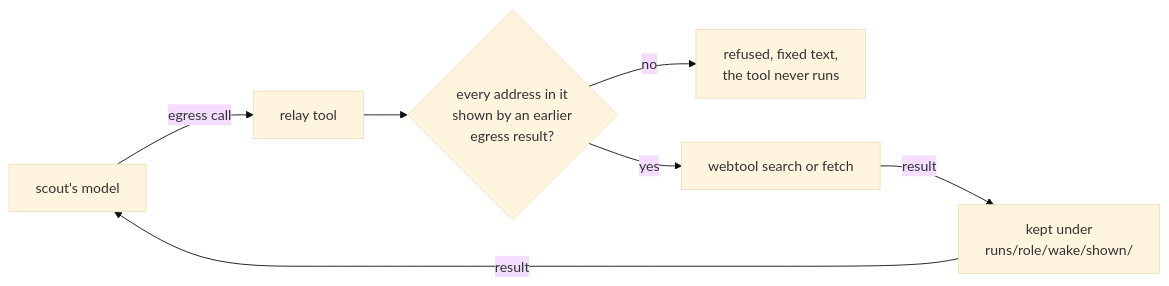
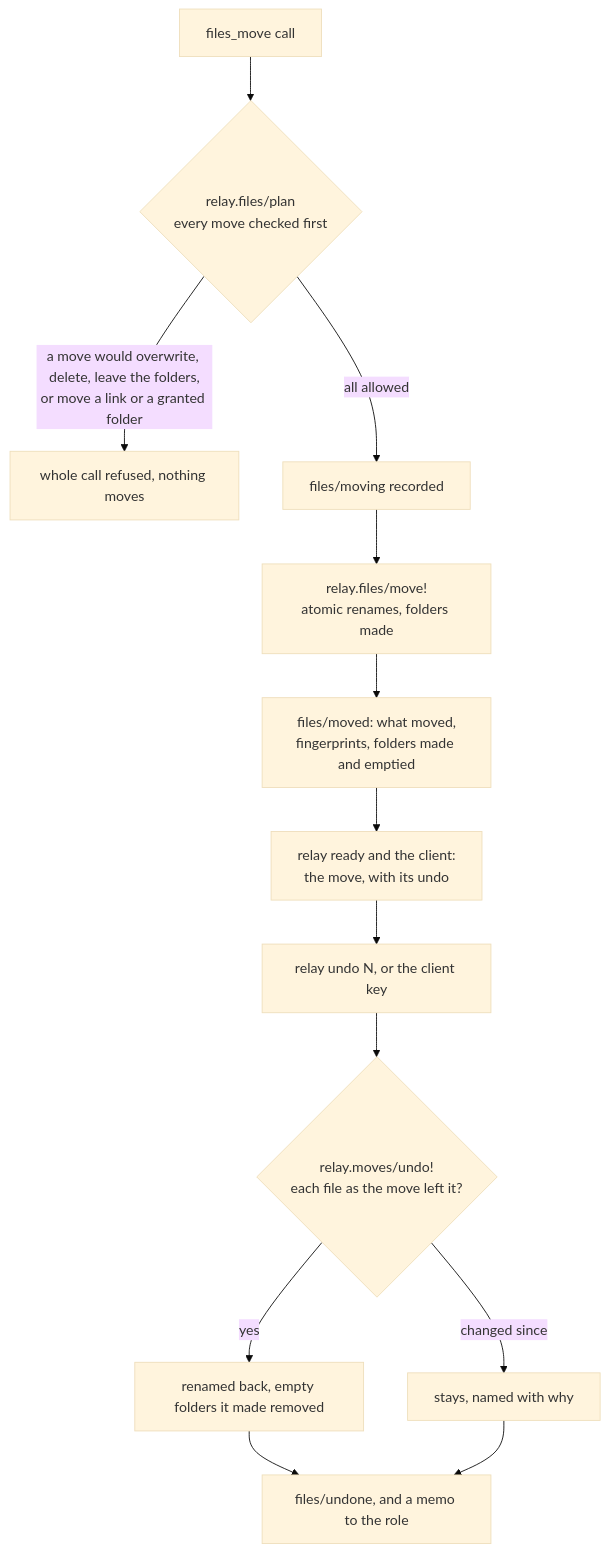
One commit to kirahowe/relay changed diagram 11 of 11 in docs/architecture.md. Above: the diagram before and after it, drawn with Mermaid (base theme). The commit also changed other lines of this file, not shown here.

First line of the commit message:
Rewrite the architecture page from the code on main

````diff
--- a/docs/architecture.md
+++ b/docs/architecture.md
@@ -380,9 +442,15 @@
 ```mermaid
-flowchart LR
-    model["scout's model"] -->|"egress call"| tool["relay tool"]
-    tool --> check{"every address in it<br/>shown by an earlier<br/>egress result?"}
-    check -->|"no"| refuse["refused, fixed text,<br/>the tool never runs"]
-    check -->|"yes"| run["webtool search or fetch"]
-    run -->|"result"| record["kept under<br/>runs/role/wake/shown/"]
-    record -->|"result"| model
+flowchart TB
+    call["files_move call"] --> plan{"relay.files/plan<br/>every move checked first"}
+    plan -->|"a move would overwrite, delete, leave the folders,<br/>or move a link or a granted folder"| refuse["whole call refused, nothing moves"]
+    plan -->|"all allowed"| moving["files/moving recorded"]
+    moving --> move["relay.files/move!<br/>atomic renames, folders made"]
+    move --> moved["files/moved: what moved,<br/>fingerprints, folders made and emptied"]
+    moved --> ready["relay ready and the client:<br/>the move, with its undo"]
+    ready --> undo["relay undo N, or the client key"]
+    undo --> check{"relay.moves/undo!<br/>each file as the move left it?"}
+    check -->|"yes"| back["renamed back, empty folders it made removed"]
+    check -->|"changed since"| stay["stays, named with why"]
+    back --> undone["files/undone, and a memo to the role"]
+    stay --> undone
 ```
````
